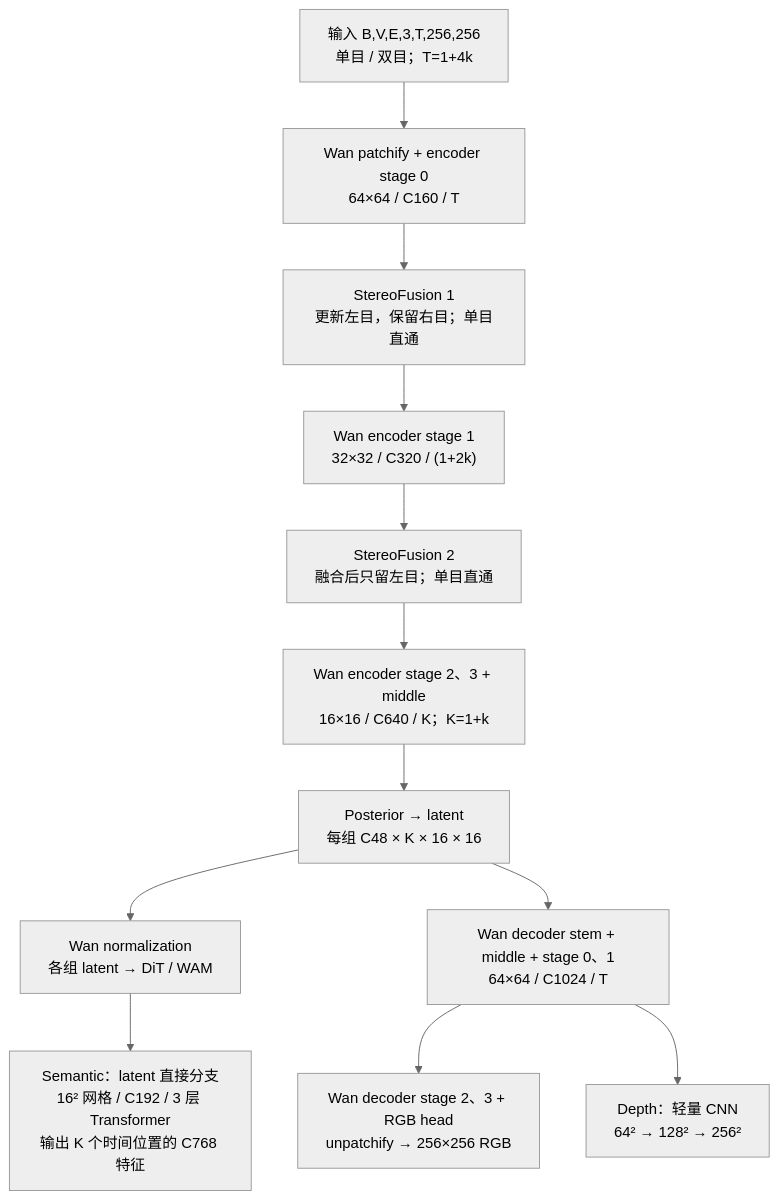
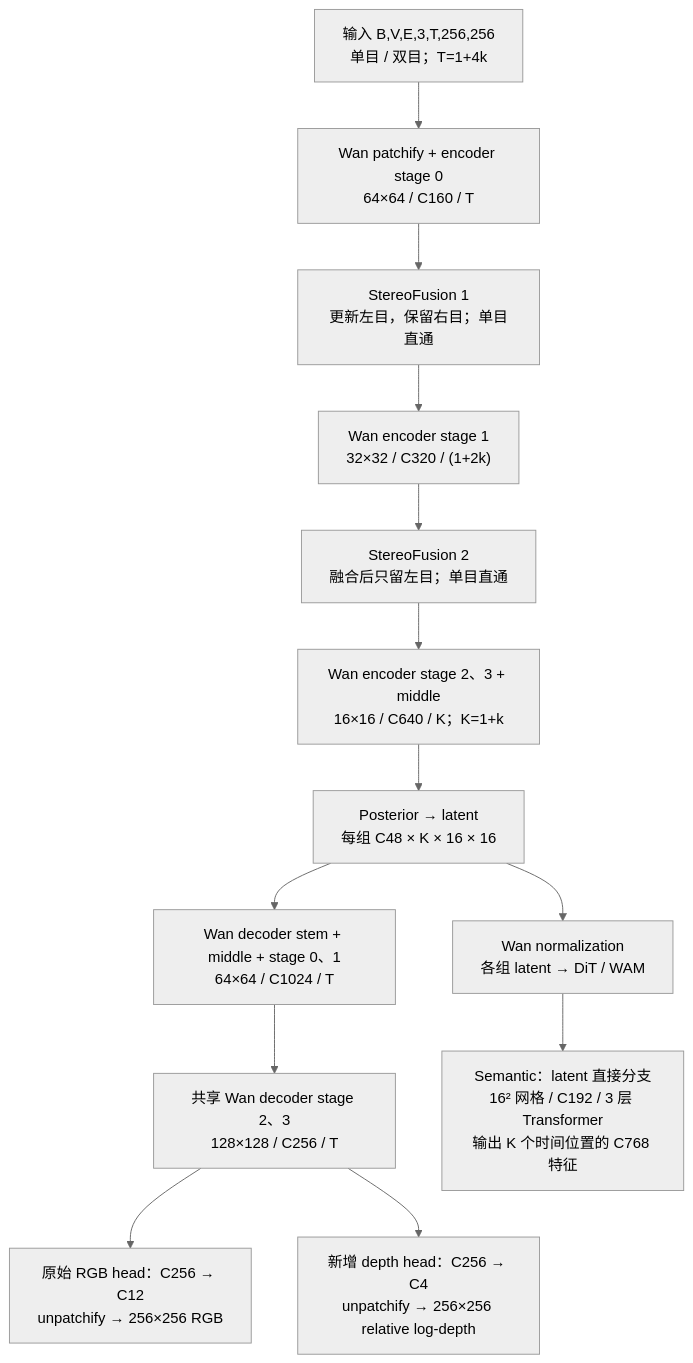
The diagram in doc/Stereo Tokenizer v2架构设计_从 Wan2.2 VAE 初始化.md (Frankaaay/Stereo-vison-Tokenizer), drawn with Mermaid (neutral theme) before and after one commit. The commit also changed other lines of this file, not shown here.

````diff
--- a/doc/Stereo Tokenizer v2架构设计_从 Wan2.2 VAE 初始化.md
+++ b/doc/Stereo Tokenizer v2架构设计_从 Wan2.2 VAE 初始化.md
@@ -3,14 +3,15 @@
 ```mermaid
 flowchart TD
     X["输入 B,V,E,3,T,256,256<br/>单目 / 双目；T=1+4k"] --> A["Wan patchify + encoder stage 0<br/>64×64 / C160 / T"]
     A --> F1["StereoFusion 1<br/>更新左目，保留右目；单目直通"]
     F1 --> B["Wan encoder stage 1<br/>32×32 / C320 / (1+2k)"]
     B --> F2["StereoFusion 2<br/>融合后只留左目；单目直通"]
     F2 --> C["Wan encoder stage 2、3 + middle<br/>16×16 / C640 / K；K=1+k"]
     C --> Z["Posterior → latent<br/>每组 C48 × K × 16 × 16"]
     Z --> W["Wan normalization<br/>各组 latent → DiT / WAM"]
     Z --> D["Wan decoder stem + middle + stage 0、1<br/>64×64 / C1024 / T"]
-    D --> R["Wan decoder stage 2、3 + RGB head<br/>unpatchify → 256×256 RGB"]
-    D --> G["Depth：轻量 CNN<br/>64² → 128² → 256²"]
+    D --> F["共享 Wan decoder stage 2、3<br/>128×128 / C256 / T"]
+    F --> R["原始 RGB head：C256 → C12<br/>unpatchify → 256×256 RGB"]
+    F --> G["新增 depth head：C256 → C4<br/>unpatchify → 256×256 relative log-depth"]
     W --> S["Semantic：latent 直接分支<br/>16² 网格 / C192 / 3 层 Transformer<br/>输出 K 个时间位置的 C768 特征"]
 ```
````
